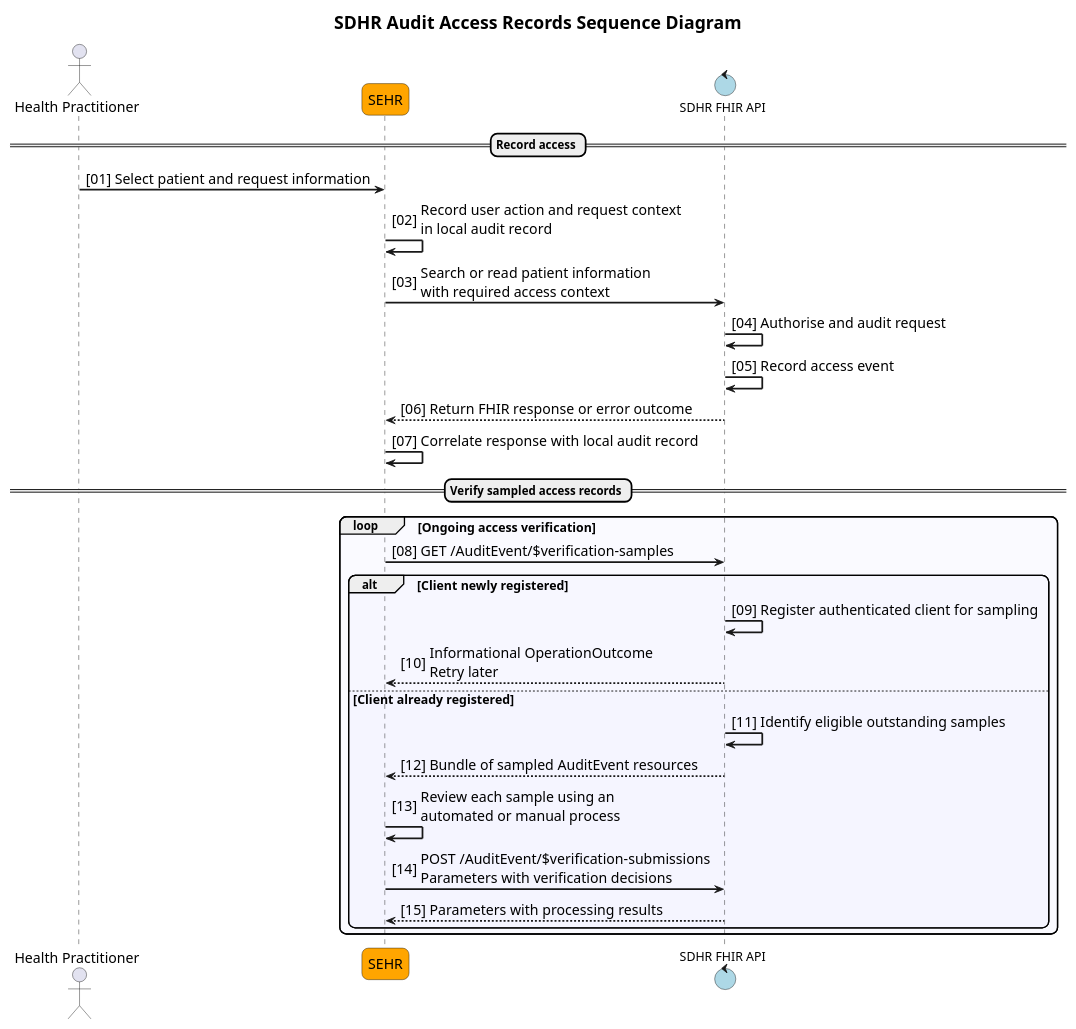
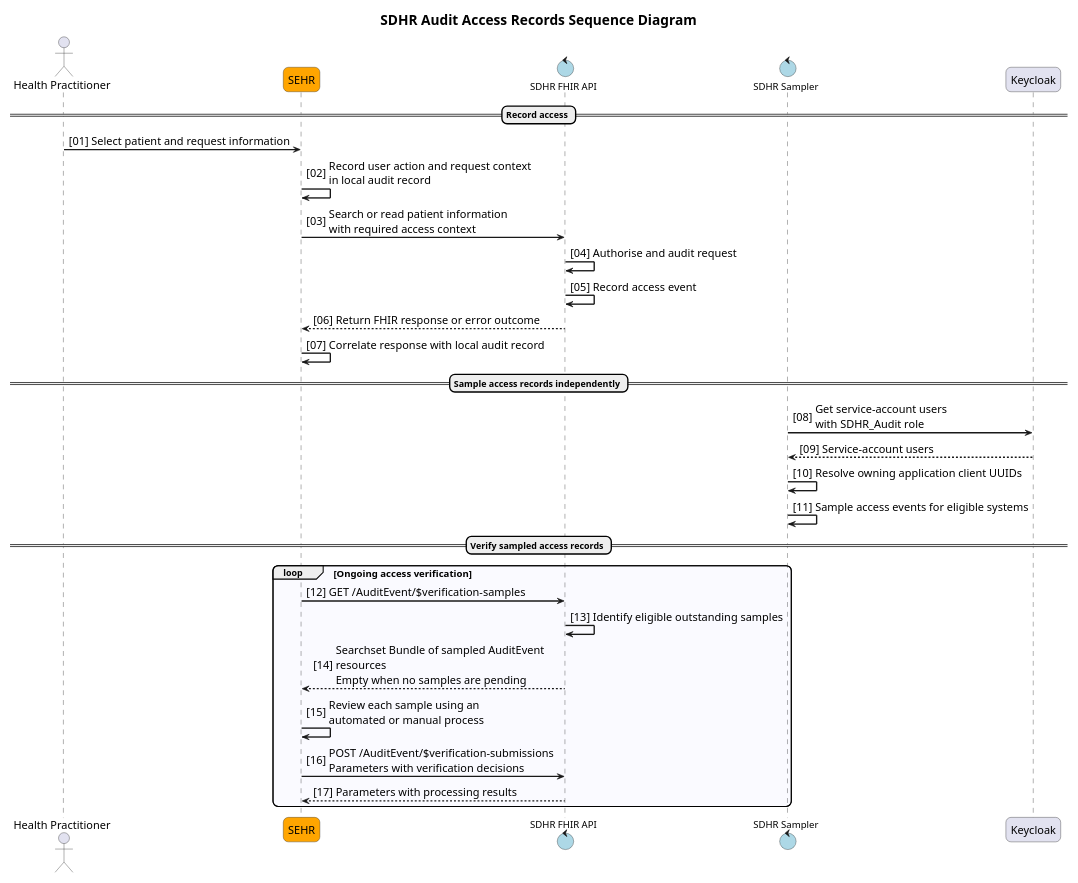
The diagram in input/images-source/verification-workflow-overview.plantuml (tewhatuora/fhir-sdhr), drawn with PlantUML before and after one commit. The commit also changed 6 other files, not shown here.

Commit message:
Describe Keycloak-driven audit sampling without client registration

```diff
--- a/input/images-source/verification-workflow-overview.plantuml
+++ b/input/images-source/verification-workflow-overview.plantuml
@@ -1,60 +1,64 @@
 @startuml
 
 title SDHR Audit Access Records Sequence Diagram
 
 autonumber "<color:Black>[00]"
 
 skinparam ActorFontSize 16
 skinparam ArrowFontSize 12
 skinparam ArrowFontSize 16
 skinparam BoxPadding 5
 skinparam DatabaseFontSize 16
 skinparam dpi 400
 skinparam EntityFontSize 16
 skinparam MaxMessageSize 375
 skinparam NoteFontSize 14
 skinparam ParticipantFontSize 16
 skinparam ParticipantPadding 5
 skinparam responseMessageBelowArrow true
 skinparam roundcorner 15
 skinparam sequenceArrowThickness 2
 skinparam SequenceBoxFontSize 16
 skinparam sequencegroupfontsize 14
 skinparam SequenceMessageAlignment left
 skinparam sequenceStyle uml2
 skinparam TitleFontSize 20
 skinparam SequenceGroupBodyBackgroundColor #EEEEFF50
 
 scale max 260 width
 
 actor "Health Practitioner" as USER
 participant "SEHR" as APP #Orange
 control "SDHR FHIR API" as FHIRAPI #LightBlue
+control "SDHR Sampler" as SAMPLER #LightBlue
+participant "Keycloak" as KC
 
 == Record access ==
 
 USER -> APP : Select patient and request information
 APP -> APP : Record user action and request context\nin local audit record
 APP -> FHIRAPI : Search or read patient information\nwith required access context
 FHIRAPI -> FHIRAPI : Authorise and audit request
 FHIRAPI -> FHIRAPI : Record access event
 FHIRAPI --> APP : Return FHIR response or error outcome
 APP -> APP : Correlate response with local audit record
 
+== Sample access records independently ==
+
+SAMPLER -> KC : Get service-account users\nwith SDHR_Audit role
+KC --> SAMPLER : Service-account users
+SAMPLER -> SAMPLER : Resolve owning application client UUIDs
+SAMPLER -> SAMPLER : Sample access events for eligible systems
+
 == Verify sampled access records ==
 
 loop Ongoing access verification
     APP -> FHIRAPI : GET /AuditEvent/$verification-samples
-    alt Client newly registered
-        FHIRAPI -> FHIRAPI : Register authenticated client for sampling
-        FHIRAPI --> APP : Informational OperationOutcome\nRetry later
-    else Client already registered
     FHIRAPI -> FHIRAPI : Identify eligible outstanding samples
-    FHIRAPI --> APP : Bundle of sampled AuditEvent resources
+    FHIRAPI --> APP : Searchset Bundle of sampled AuditEvent resources\nEmpty when no samples are pending
     APP -> APP : Review each sample using an\nautomated or manual process
     APP -> FHIRAPI : POST /AuditEvent/$verification-submissions\nParameters with verification decisions
     FHIRAPI --> APP : Parameters with processing results
-    end
 end
 
 @enduml
```
